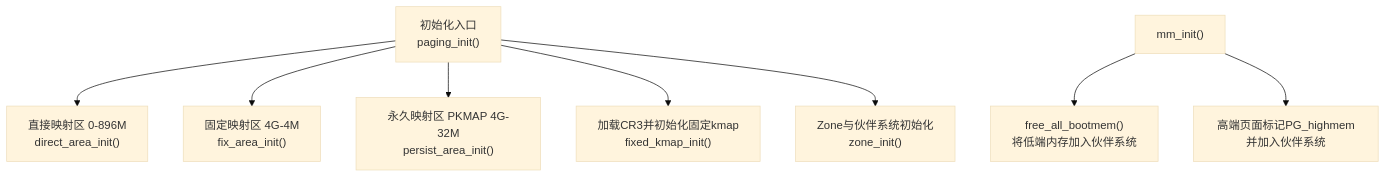
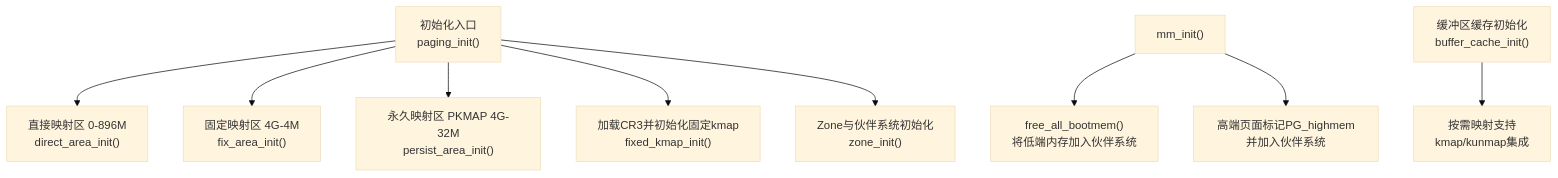
One commit to skcodestack/LulaOS changed the first of 9 diagrams in .qoder/repowiki/zh/content/系统架构/内存架构设计/物理内存管理/高端内存支持.md. Above: the diagram before and after it, drawn with Mermaid (base theme). The commit also changed other lines of this file and 19 other files, not shown here.

````diff
--- a/.qoder/repowiki/zh/content/系统架构/内存架构设计/物理内存管理/高端内存支持.md
+++ b/.qoder/repowiki/zh/content/系统架构/内存架构设计/物理内存管理/高端内存支持.md
@@ -47,10 +58,11 @@
 ```mermaid
 graph TB
 A["初始化入口<br/>paging_init()"] --> B["直接映射区 0-896M<br/>direct_area_init()"]
 A --> C["固定映射区 4G-4M<br/>fix_area_init()"]
 A --> D["永久映射区 PKMAP 4G-32M<br/>persist_area_init()"]
 A --> E["加载CR3并初始化固定kmap<br/>fixed_kmap_init()"]
 A --> F["Zone与伙伴系统初始化<br/>zone_init()"]
 G["mm_init()"] --> H["free_all_bootmem()<br/>将低端内存加入伙伴系统"]
 G --> I["高端页面标记PG_highmem并加入伙伴系统"]
+J["缓冲区缓存初始化<br/>buffer_cache_init()"] --> K["按需映射支持<br/>kmap/kunmap集成"]
 ```
````
